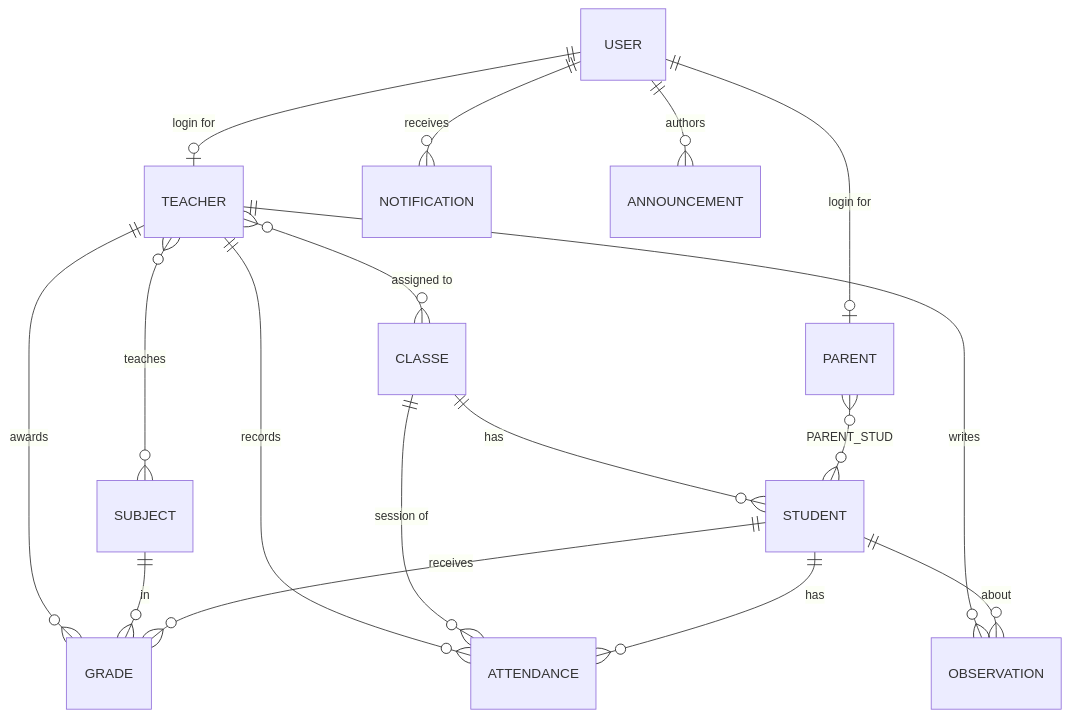
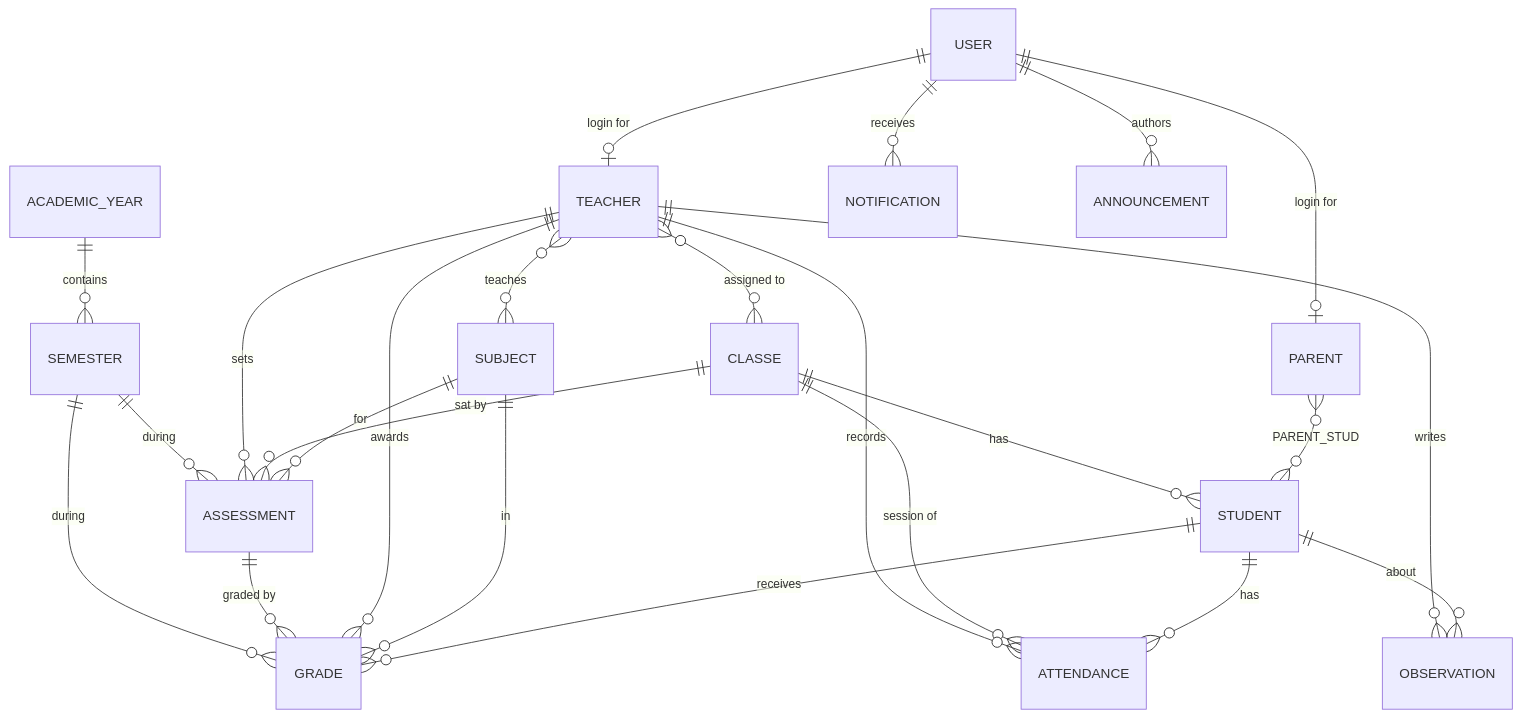
One commit to anisLa00/myga_learning-main changed the diagram in myga_learning-main/README.md. Above: the diagram before and after it, drawn with Mermaid. The commit also changed other lines of this file and 4 other files, not shown here.

````diff
--- a/myga_learning-main/README.md
+++ b/myga_learning-main/README.md
@@ -115,24 +121,32 @@
 ```mermaid
 erDiagram
     USER ||--o| TEACHER : "login for"
     USER ||--o| PARENT  : "login for"
 
     PARENT }o--o{ STUDENT : "PARENT_STUD"
     CLASSE ||--o{ STUDENT : "has"
     TEACHER }o--o{ SUBJECT : "teaches"
     TEACHER }o--o{ CLASSE  : "assigned to"
 
     STUDENT ||--o{ GRADE : "receives"
     SUBJECT ||--o{ GRADE : "in"
     TEACHER ||--o{ GRADE : "awards"
+    ASSESSMENT ||--o{ GRADE : "graded by"
+    SEMESTER ||--o{ GRADE : "during"
+
+    ACADEMIC_YEAR ||--o{ SEMESTER : "contains"
+    SUBJECT ||--o{ ASSESSMENT : "for"
+    CLASSE  ||--o{ ASSESSMENT : "sat by"
+    TEACHER ||--o{ ASSESSMENT : "sets"
+    SEMESTER ||--o{ ASSESSMENT : "during"
 
     STUDENT ||--o{ ATTENDANCE : "has"
     CLASSE  ||--o{ ATTENDANCE : "session of"
     TEACHER ||--o{ ATTENDANCE : "records"
 
     STUDENT ||--o{ OBSERVATION : "about"
     TEACHER ||--o{ OBSERVATION : "writes"
 
     USER ||--o{ NOTIFICATION : "receives"
     USER ||--o{ ANNOUNCEMENT : "authors"
 ```
````
